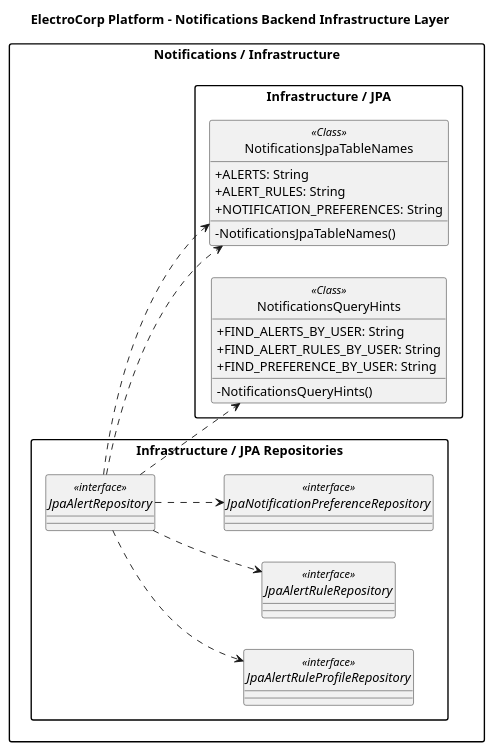
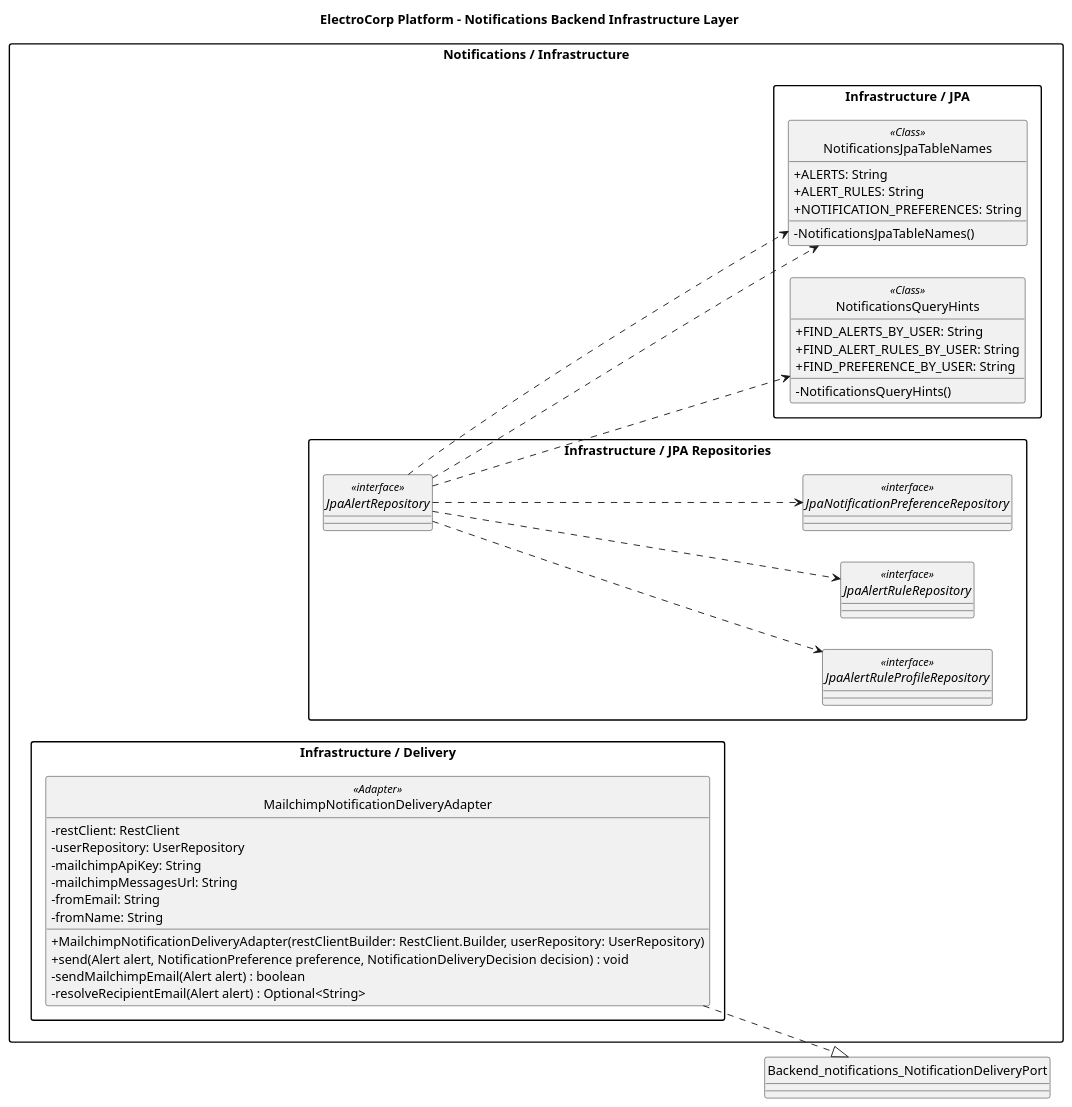
One commit to upc-pre-202610-1asi0729-11896-ecorp/electrocorp-report changed the diagram in docs/diagrams/class/backend/layers/notifications/backend-notifications-infrastructure-class-diagram.puml. Above: the diagram before and after it, drawn with PlantUML. The commit also changed 34 other files, not shown here.

Commit message:
docs: update final architecture diagrams

```diff
--- a/docs/diagrams/class/backend/layers/notifications/backend-notifications-infrastructure-class-diagram.puml
+++ b/docs/diagrams/class/backend/layers/notifications/backend-notifications-infrastructure-class-diagram.puml
@@ -1,46 +1,61 @@
 @startuml
 title ElectroCorp Platform - Notifications Backend Infrastructure Layer
 left to right direction
 skinparam packageStyle rectangle
 skinparam shadowing false
 skinparam classAttributeIconSize 0
 hide circle
 
 package "Notifications / Infrastructure" {
   package "Infrastructure / JPA" {
     class "NotificationsJpaTableNames" as Backend_notifications_NotificationsJpaTableNames <<Class>> {
       + ALERTS: String
       + ALERT_RULES: String
       + NOTIFICATION_PREFERENCES: String
       - NotificationsJpaTableNames()
     }
     class "NotificationsQueryHints" as Backend_notifications_NotificationsQueryHints <<Class>> {
       + FIND_ALERTS_BY_USER: String
       + FIND_ALERT_RULES_BY_USER: String
       + FIND_PREFERENCE_BY_USER: String
       - NotificationsQueryHints()
     }
   }
   package "Infrastructure / JPA Repositories" {
     interface "JpaAlertRepository" as Backend_notifications_JpaAlertRepository <<interface>> {
     }
     interface "JpaAlertRuleProfileRepository" as Backend_notifications_JpaAlertRuleProfileRepository <<interface>> {
     }
     interface "JpaAlertRuleRepository" as Backend_notifications_JpaAlertRuleRepository <<interface>> {
     }
     interface "JpaNotificationPreferenceRepository" as Backend_notifications_JpaNotificationPreferenceRepository <<interface>> {
     }
   }
+  package "Infrastructure / Delivery" {
+    class "MailchimpNotificationDeliveryAdapter" as Backend_notifications_MailchimpNotificationDeliveryAdapter <<Adapter>> {
+      - restClient: RestClient
+      - userRepository: UserRepository
+      - mailchimpApiKey: String
+      - mailchimpMessagesUrl: String
+      - fromEmail: String
+      - fromName: String
+      + MailchimpNotificationDeliveryAdapter(restClientBuilder: RestClient.Builder, userRepository: UserRepository)
+      + send(Alert alert, NotificationPreference preference, NotificationDeliveryDecision decision) : void
+      - sendMailchimpEmail(Alert alert) : boolean
+      - resolveRecipientEmail(Alert alert) : Optional<String>
+    }
+  }
 }
 
 
 
 ' Layer relationship completion: every declared type participates in this layer diagram.
 Backend_notifications_JpaAlertRepository ..> Backend_notifications_NotificationsJpaTableNames
 Backend_notifications_JpaAlertRepository ..> Backend_notifications_NotificationsQueryHints
 Backend_notifications_JpaAlertRepository ..> Backend_notifications_NotificationsJpaTableNames
 Backend_notifications_JpaAlertRepository ..> Backend_notifications_JpaAlertRuleProfileRepository
 Backend_notifications_JpaAlertRepository ..> Backend_notifications_JpaAlertRuleRepository
 Backend_notifications_JpaAlertRepository ..> Backend_notifications_JpaNotificationPreferenceRepository
+Backend_notifications_MailchimpNotificationDeliveryAdapter ..|> Backend_notifications_NotificationDeliveryPort
 
 @enduml
```
